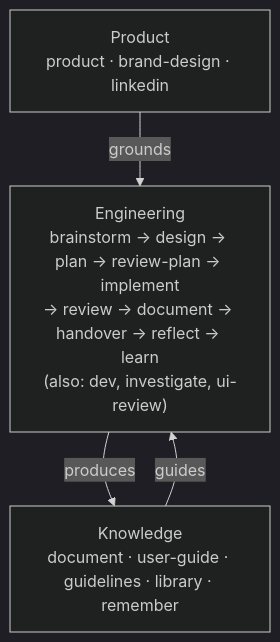
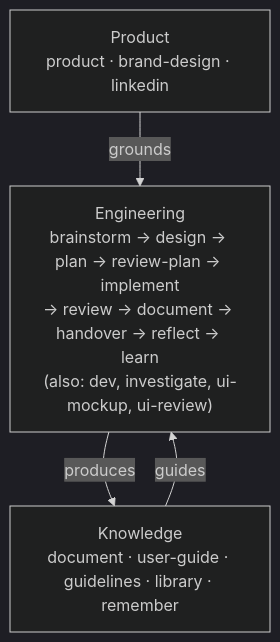
The diagram in README.md (bofrese/bob), drawn with Mermaid (dark theme) before and after one commit. The commit also changed other lines of this file and 14 other files, not shown here.

````diff
--- a/README.md
+++ b/README.md
@@ -60,10 +60,10 @@
 ```mermaid
 graph TD
     D["Product<br/>product · brand-design · linkedin"]
-    E["Engineering<br/>brainstorm → design → plan → review-plan → implement<br/>→ review → document → handover → reflect → learn<br/>(also: dev, investigate, ui-review)"]
+    E["Engineering<br/>brainstorm → design → plan → review-plan → implement<br/>→ review → document → handover → reflect → learn<br/>(also: dev, investigate, ui-mockup, ui-review)"]
     K["Knowledge<br/>document · user-guide · guidelines · library · remember"]
 
     D -->|grounds| E
     E -->|produces| K
     K -->|guides| E
 ```
````
